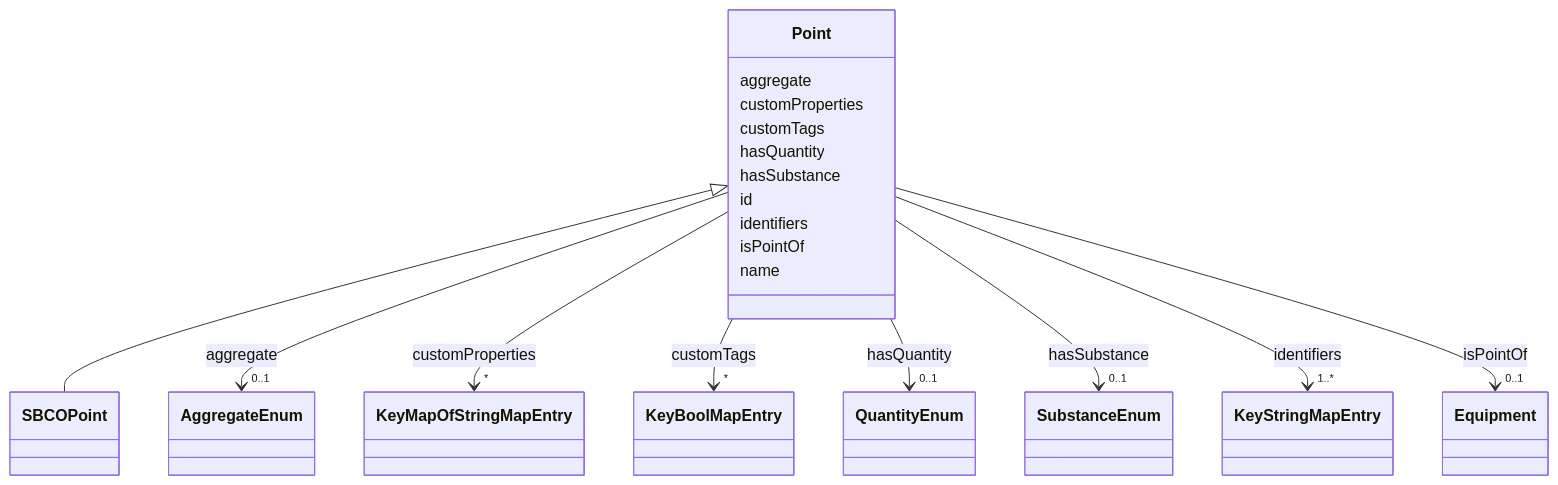
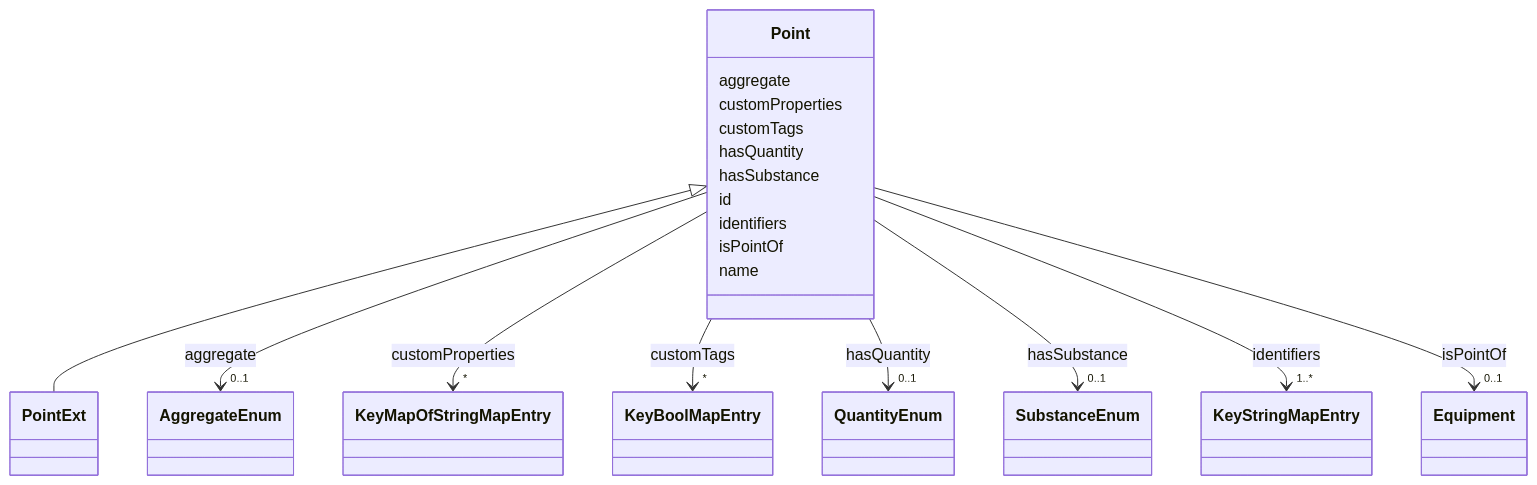
One commit to takashikasuya/smartbuiding_ontology changed the diagram in docs/Point.md. Above: the diagram before and after it, drawn with Mermaid. The commit also changed other lines of this file and 71 other files, not shown here.

First line of the commit message:
Add documentation for PointExt, deviceType, intervalCapability, and scale slots

```diff
--- a/docs/Point.md
+++ b/docs/Point.md
@@ -19,8 +19,8 @@
  classDiagram
     class Point
     click Point href "../Point/"
-      Point <|-- SBCOPoint
-        click SBCOPoint href "../SBCOPoint/"
+      Point <|-- PointExt
+        click PointExt href "../PointExt/"
       
       Point : aggregate
         
```
